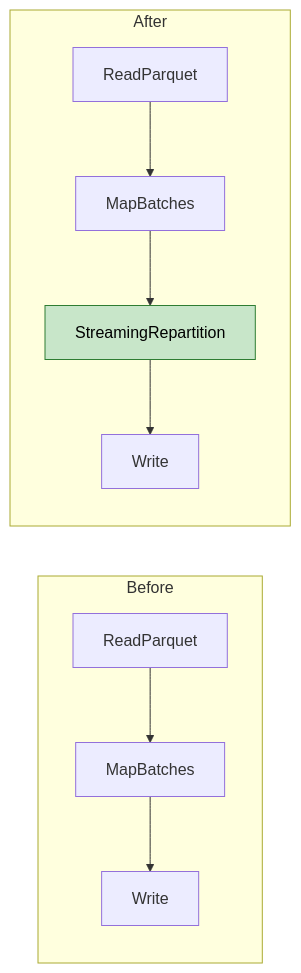
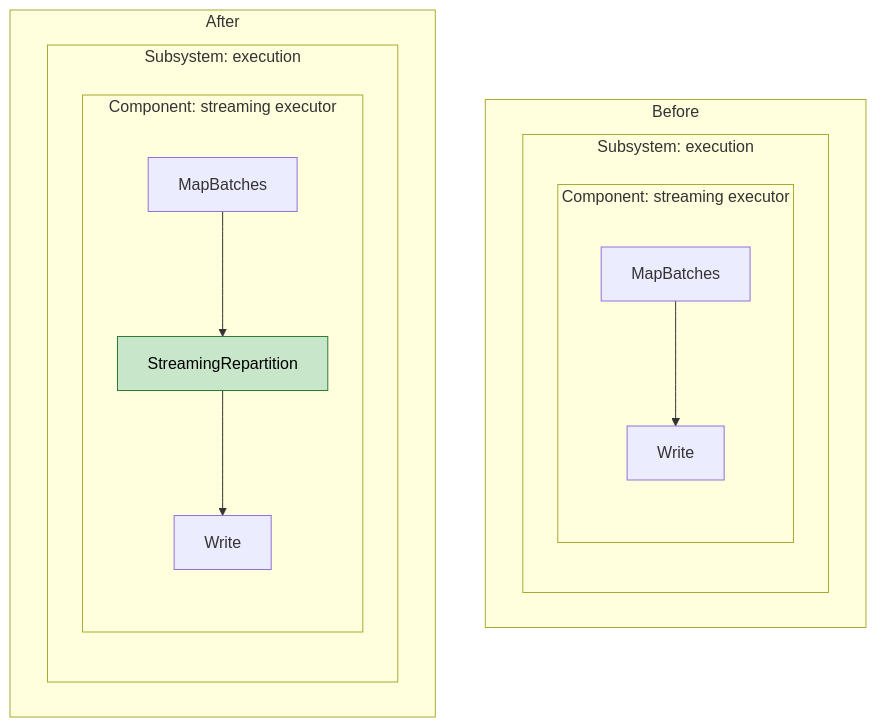
Before and after one commit to ray-project/ray: the second of 2 diagrams in python/ray/data/AGENTS.md, drawn with Mermaid. The commit also changed other lines of this file, not shown here.

Commit message:
[data] Structure before/after diagrams from subsystem down to the change

````diff
--- a/python/ray/data/AGENTS.md
+++ b/python/ray/data/AGENTS.md
@@ -49,16 +55,21 @@
 ```mermaid
-flowchart LR
+flowchart TD
     subgraph Before
-        A1[ReadParquet] --> B1[MapBatches]
-        B1 --> D1[Write]
+        subgraph BS[Subsystem: execution]
+            subgraph BC[Component: streaming executor]
+                B1[MapBatches] --> B2[Write]
+            end
+        end
     end
     subgraph After
-        A2[ReadParquet] --> B2[MapBatches]
-        B2 --> C2[StreamingRepartition]
-        C2 --> D2[Write]
+        subgraph AS[Subsystem: execution]
+            subgraph AC[Component: streaming executor]
+                A1[MapBatches] --> A3[StreamingRepartition] --> A2[Write]
+            end
+        end
     end
     classDef removed fill:#ffcdd2,stroke:#c62828,color:#000
     classDef added fill:#c8e6c9,stroke:#2e7d32,color:#000
     classDef changed fill:#fff9c4,stroke:#f9a825,color:#000
-    class C2 added
+    class A3 added
 ```
````
